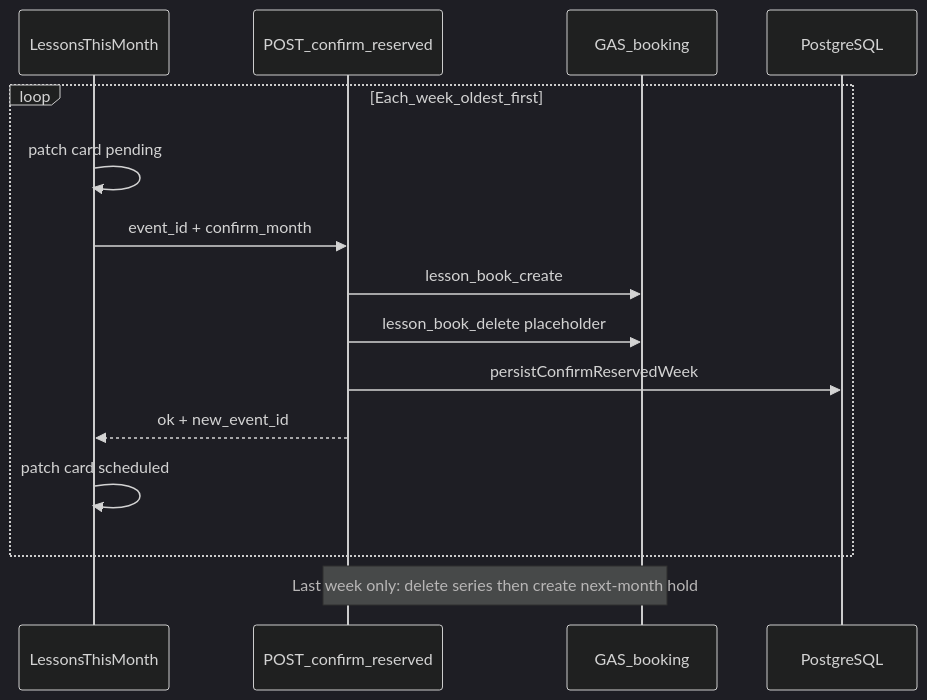
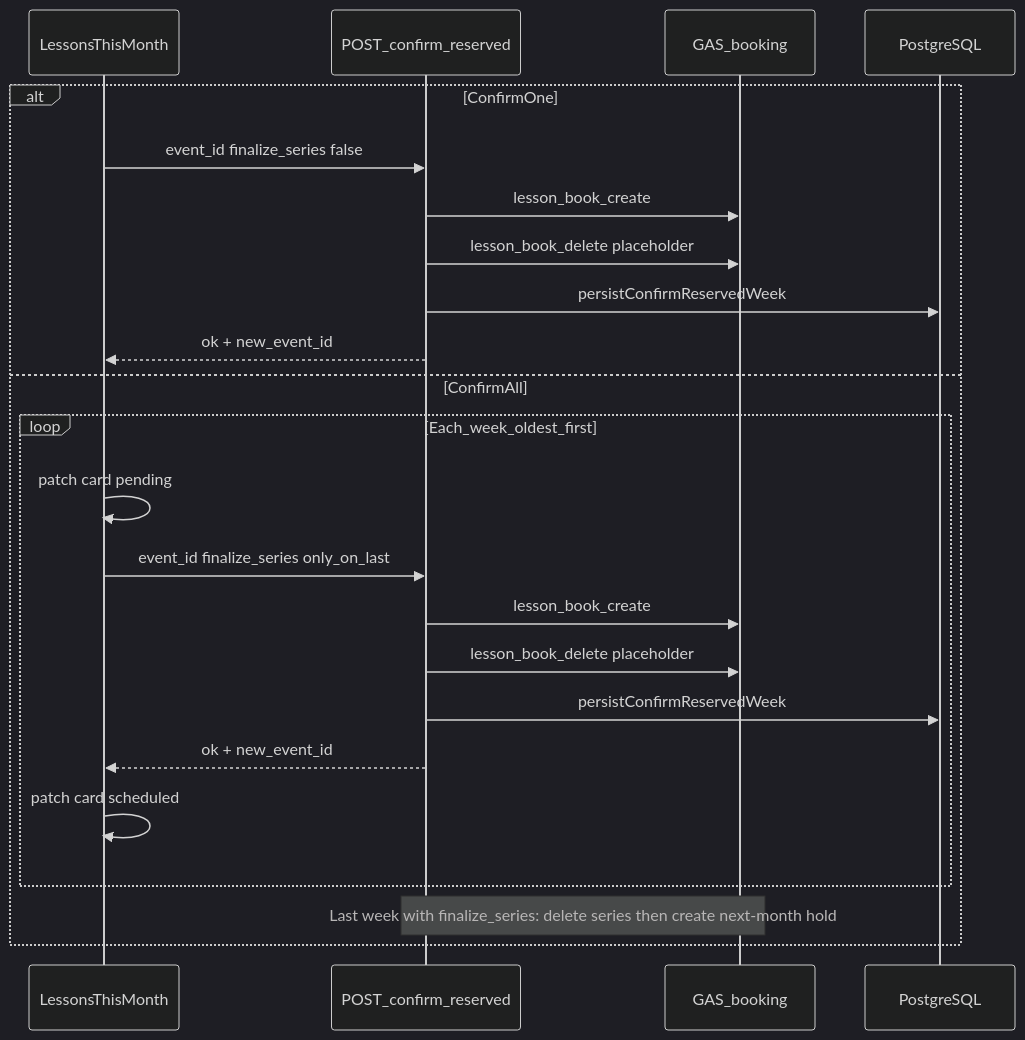
One commit to khaCey/REACT-ADMIN changed the diagram in docs/weekly-confirm-schedule-reference.md. Above: the diagram before and after it, drawn with Mermaid (dark theme). The commit also changed other lines of this file and 5 other files, not shown here.

Commit message:
feat(schedule): Confirm one and Confirm all for reserved 固定

````diff
--- a/docs/weekly-confirm-schedule-reference.md
+++ b/docs/weekly-confirm-schedule-reference.md
@@ -38,18 +38,26 @@
 ```mermaid
 sequenceDiagram
   participant UI as LessonsThisMonth
   participant API as POST_confirm_reserved
   participant GAS as GAS_booking
   participant DB as PostgreSQL
 
-  loop Each_week_oldest_first
-    UI->>UI: patch card pending
-    UI->>API: event_id + confirm_month
+  alt ConfirmOne
+    UI->>API: event_id finalize_series false
     API->>GAS: lesson_book_create
     API->>GAS: lesson_book_delete placeholder
     API->>DB: persistConfirmReservedWeek
     API-->>UI: ok + new_event_id
-    UI->>UI: patch card scheduled
+  else ConfirmAll
+    loop Each_week_oldest_first
+      UI->>UI: patch card pending
+      UI->>API: event_id finalize_series only_on_last
+      API->>GAS: lesson_book_create
+      API->>GAS: lesson_book_delete placeholder
+      API->>DB: persistConfirmReservedWeek
+      API-->>UI: ok + new_event_id
+      UI->>UI: patch card scheduled
+    end
+    Note over API,GAS: Last week with finalize_series: delete series then create next-month hold
   end
-  Note over API,GAS: Last week only: delete series then create next-month hold
 ```
````
